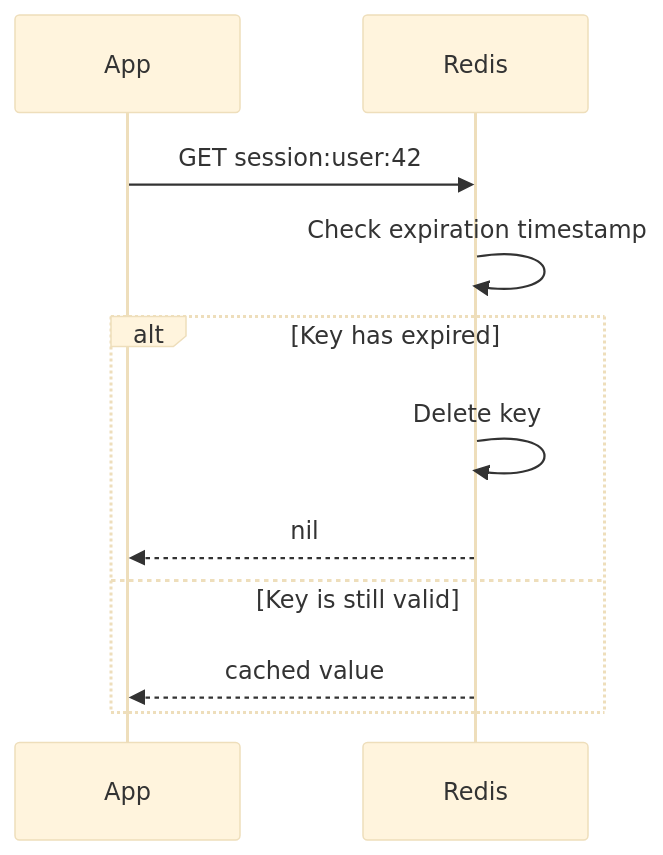
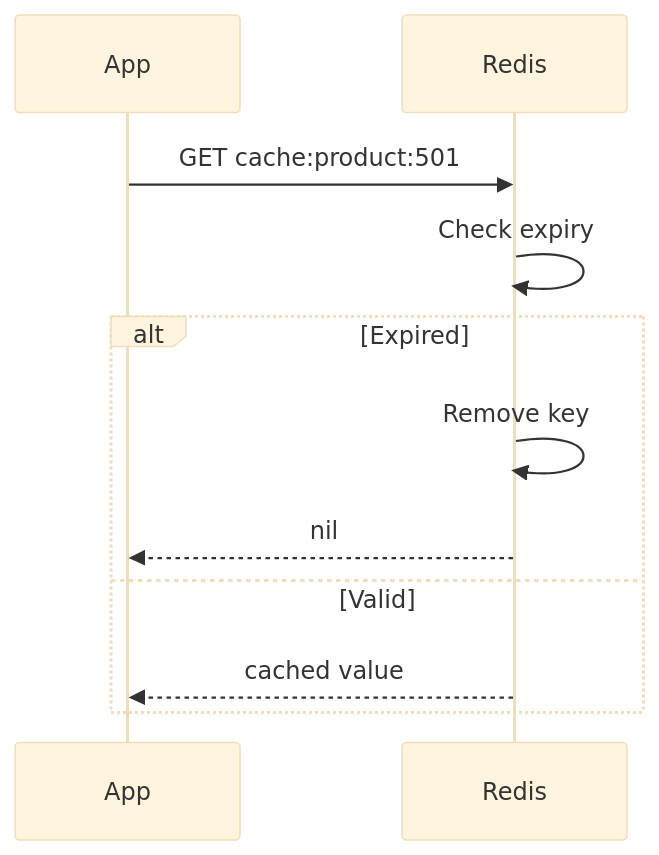
Before and after one commit to AvadhBhalodiya/Interview-Preparation: the second of 9 diagrams in src/content/caching/ttl-eviction-policies.md, drawn with Mermaid (base theme). The commit also changed other lines of this file and 54 other files, not shown here.

````diff
--- a/src/content/caching/ttl-eviction-policies.md
+++ b/src/content/caching/ttl-eviction-policies.md
@@ -385,14 +221,15 @@
 ```mermaid
 sequenceDiagram
     participant App
     participant Redis
 
-    App->>Redis: GET session:user:42
-    Redis->>Redis: Check expiration timestamp
-    alt Key has expired
-        Redis->>Redis: Delete key
+    App->>Redis: GET cache:product:501
+    Redis->>Redis: Check expiry
+
+    alt Expired
+        Redis->>Redis: Remove key
         Redis-->>App: nil
-    else Key is still valid
+    else Valid
         Redis-->>App: cached value
     end
 ```
````
